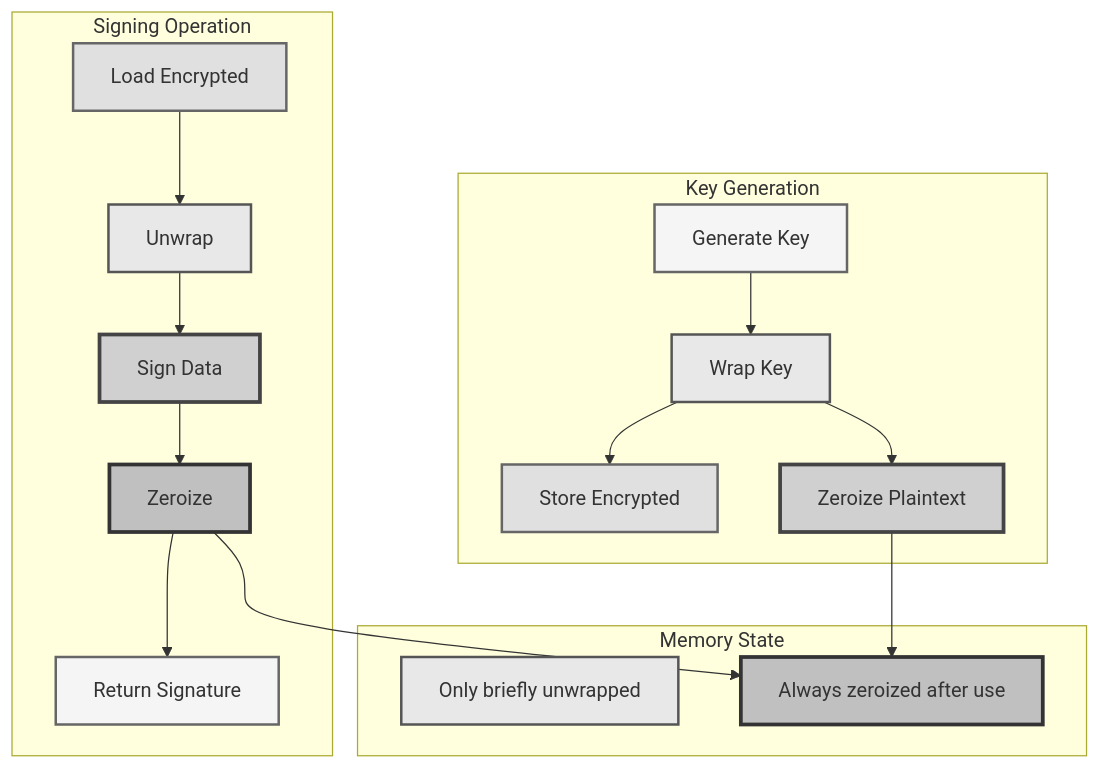
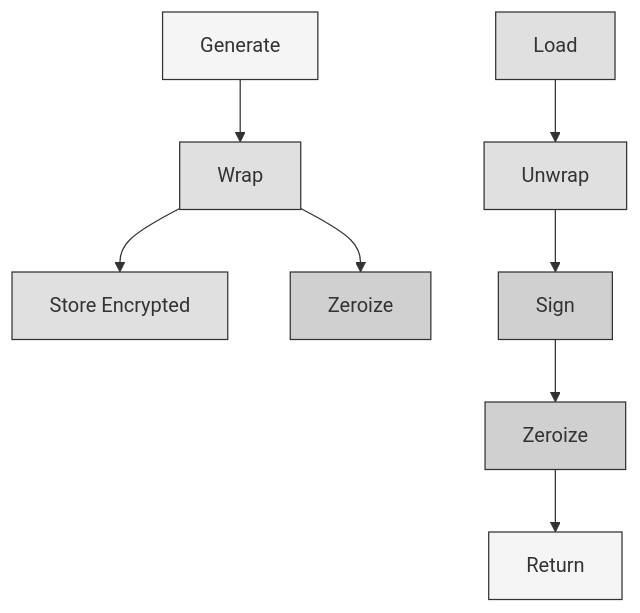
One commit to ehanoc/softKMS changed the eighth of 10 diagrams in docs/SECURITY_MODEL.md. Above: the diagram before and after it, drawn with Mermaid. The commit also changed other lines of this file and 8 other files, not shown here.

````diff
--- a/docs/SECURITY_MODEL.md
+++ b/docs/SECURITY_MODEL.md
@@ -325,35 +263,21 @@
 ```mermaid
 flowchart TB
-    subgraph Generation["Key Generation"]
-        G1[Generate Key] --> G2[Wrap Key]
-        G2 --> G3[Store Encrypted]
-        G2 --> G4[Zeroize Plaintext]
-    end
+    G1[Generate] --> G2[Wrap]
+    G2 --> G3[Store Encrypted]
+    G2 --> G4[Zeroize]
     
-    subgraph Signing["Signing Operation"]
-        S1[Load Encrypted] --> S2[Unwrap]
-        S2 --> S3[Sign Data]
-        S3 --> S4[Zeroize]
-        S4 --> S5[Return Signature]
-    end
+    S1[Load] --> S2[Unwrap]
+    S2 --> S3[Sign]
+    S3 --> S4[Zeroize]
+    S4 --> S5[Return]
     
-    subgraph Memory["Memory State"]
-        M1[Only briefly unwrapped]
-        M2[Always zeroized after use]
-    end
-    
-    G4 --> M2
-    S4 --> M2
-    
-    style G1 fill:#f5f5f5,stroke:#666,stroke-width:2px
-    style G2 fill:#e8e8e8,stroke:#555,stroke-width:2px
-    style G3 fill:#e0e0e0,stroke:#666,stroke-width:2px
-    style G4 fill:#d0d0d0,stroke:#444,stroke-width:3px
-    style S1 fill:#e0e0e0,stroke:#666,stroke-width:2px
-    style S2 fill:#e8e8e8,stroke:#555,stroke-width:2px
-    style S3 fill:#d0d0d0,stroke:#444,stroke-width:3px
-    style S4 fill:#c0c0c0,stroke:#333,stroke-width:3px
-    style S5 fill:#f5f5f5,stroke:#666,stroke-width:2px
-    style M1 fill:#e8e8e8,stroke:#555,stroke-width:2px
-    style M2 fill:#c0c0c0,stroke:#333,stroke-width:3px
+    style G1 fill:#f5f5f5,stroke:#333
+    style G2 fill:#e0e0e0,stroke:#333
+    style G3 fill:#e0e0e0,stroke:#333
+    style G4 fill:#d0d0d0,stroke:#333
+    style S1 fill:#e0e0e0,stroke:#333
+    style S2 fill:#e0e0e0,stroke:#333
+    style S3 fill:#d0d0d0,stroke:#333
+    style S4 fill:#d0d0d0,stroke:#333
+    style S5 fill:#f5f5f5,stroke:#333
 ```
````
